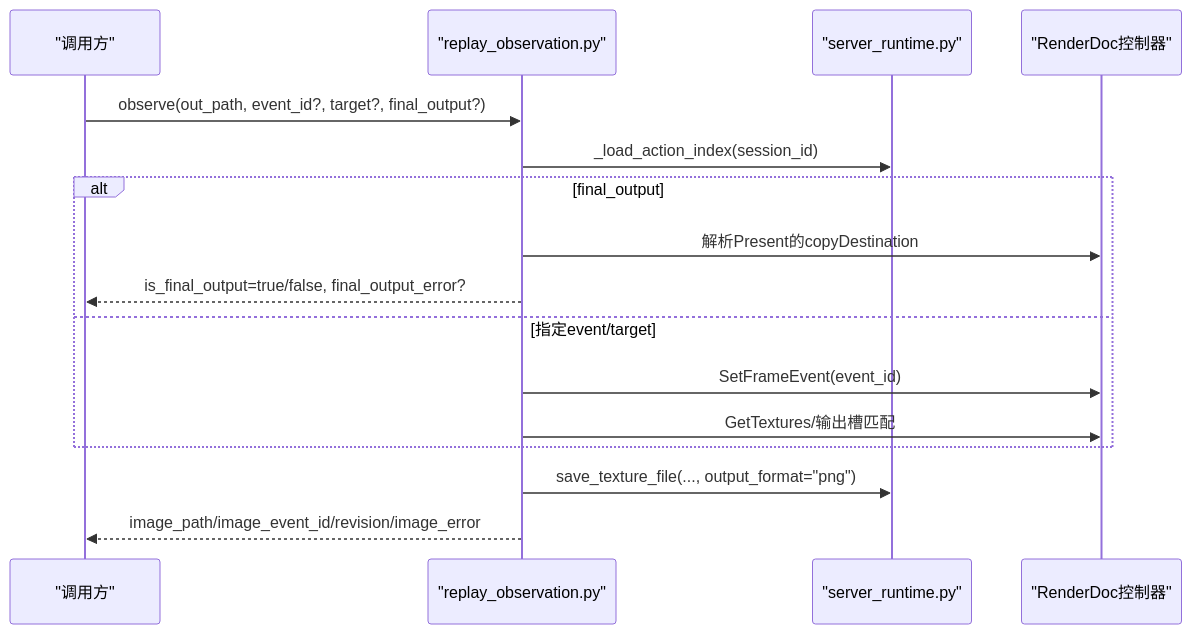
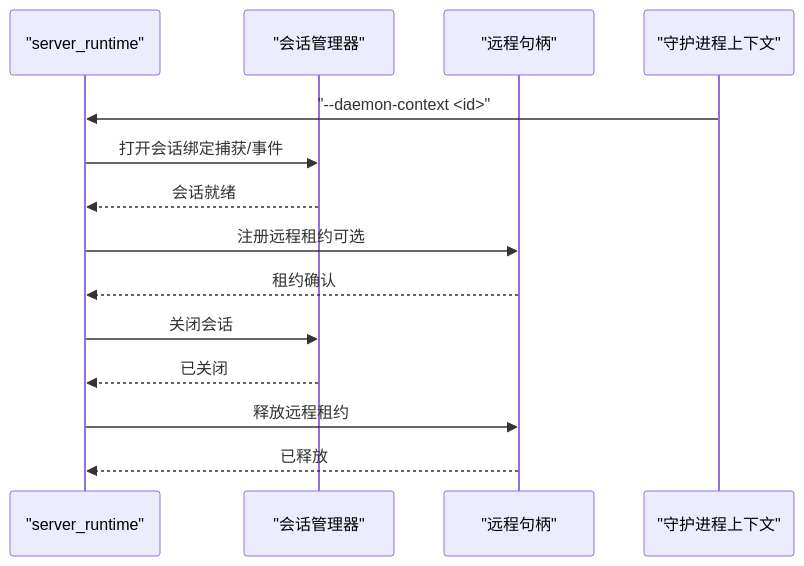
Before and after one commit to haolange/RDC-Tool: the ninth of 13 diagrams in .qoder/repowiki/zh/content/核心概念/会话模型.md, drawn with Mermaid. The commit also changed other lines of this file and 180 other files, not shown here.

````diff
--- a/.qoder/repowiki/zh/content/核心概念/会话模型.md
+++ b/.qoder/repowiki/zh/content/核心概念/会话模型.md
@@ -270,18 +391,16 @@
 ```mermaid
 sequenceDiagram
-participant U as "调用方"
-participant RO as "replay_observation.py"
-participant RT as "server_runtime.py"
-participant RD as "RenderDoc控制器"
-U->>RO : observe(out_path, event_id?, target?, final_output?)
-RO->>RT : _load_action_index(session_id)
-alt final_output
-RO->>RD : 解析Present的copyDestination
-RO-->>U : is_final_output=true/false, final_output_error?
-else 指定event/target
-RO->>RD : SetFrameEvent(event_id)
-RO->>RD : GetTextures/输出槽匹配
-end
-RO->>RT : save_texture_file(..., output_format="png")
-RO-->>U : image_path/image_event_id/revision/image_error
+participant RT as "server_runtime"
+participant SM as "会话管理器"
+participant RM as "远程句柄"
+participant DC as "守护进程上下文"
+DC->>RT : "--daemon-context <id>"
+RT->>SM : 打开会话绑定捕获/事件
+SM-->>RT : 会话就绪
+RT->>RM : 注册远程租约可选
+RM-->>RT : 租约确认
+RT->>SM : 关闭会话
+SM-->>RT : 已关闭
+RT->>RM : 释放远程租约
+RM-->>RT : 已释放
 ```
````
